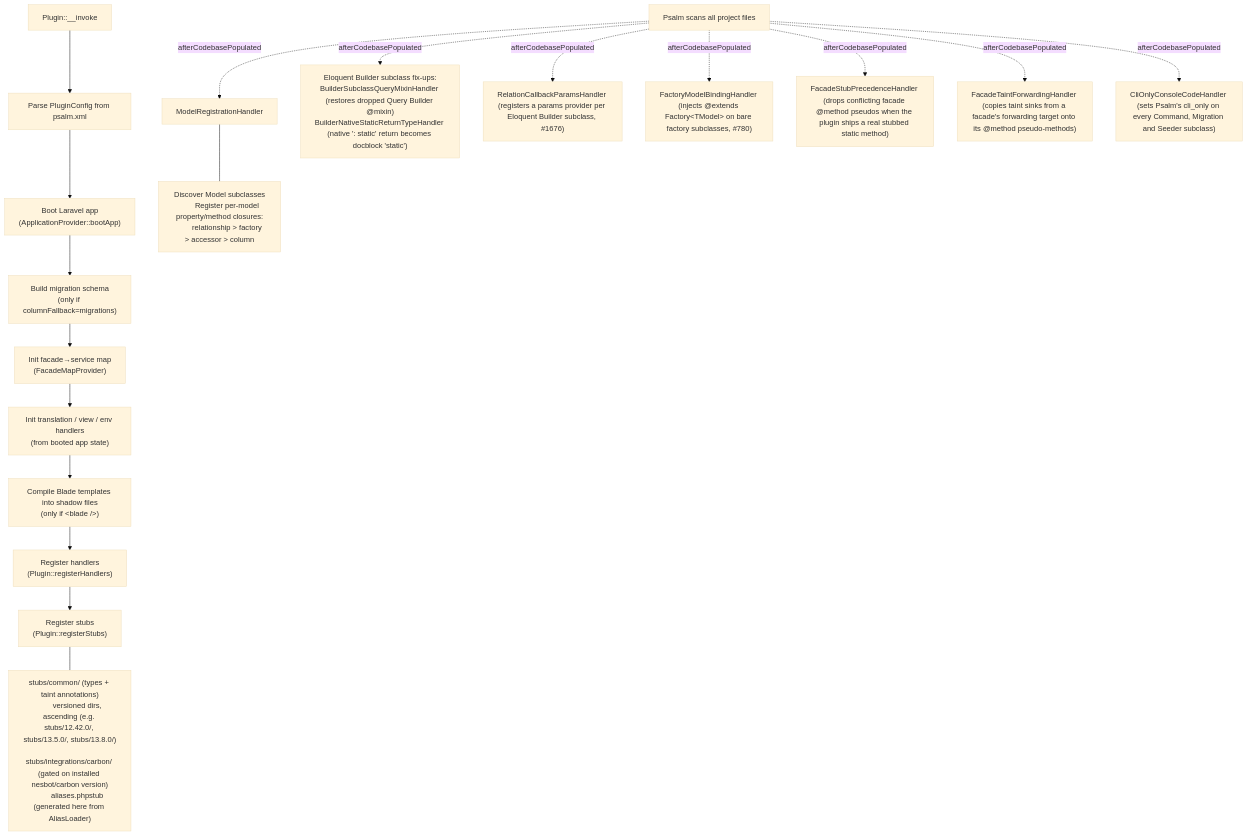
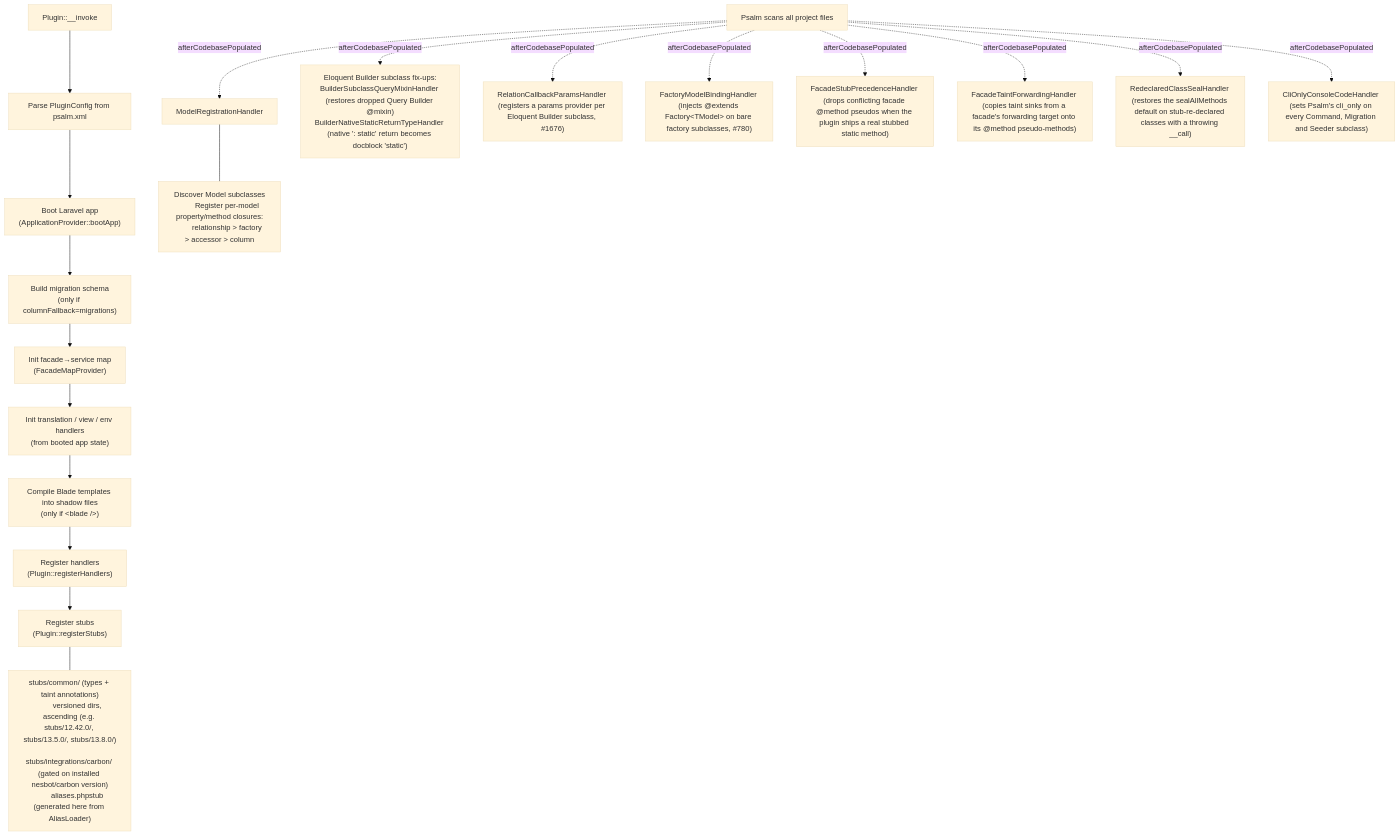
The first of 2 diagrams in docs/contributing/README.md (psalm/psalm-plugin-laravel), drawn with Mermaid (base theme) before and after one commit. The commit also changed 4 other files, not shown here.

First line of the commit message:
fix(laravel-ai): honor sealAllMethods on Tools\Request instead of forcing a seal

````diff
--- a/docs/contributing/README.md
+++ b/docs/contributing/README.md
@@ -19,31 +19,32 @@
 ```mermaid
 flowchart TD
     A["Plugin::__invoke"] --> B["Parse PluginConfig from psalm.xml"]
     B --> C["Boot Laravel app\n(ApplicationProvider::bootApp)"]
     C --> D["Build migration schema\n(only if columnFallback=migrations)"]
     D --> E["Init facade→service map\n(FacadeMapProvider)"]
     E --> F["Init translation / view / env handlers\n(from booted app state)"]
     F --> BL["Compile Blade templates into shadow files\n(only if &lt;blade /&gt;)"]
     BL --> G["Register handlers\n(Plugin::registerHandlers)"]
     G --> H["Register stubs\n(Plugin::registerStubs)"]
 
     H --- stubs["
         stubs/common/ (types + taint annotations)
         versioned dirs, ascending (e.g. stubs/12.42.0/, stubs/13.5.0/, stubs/13.8.0/)
         stubs/integrations/carbon/ (gated on installed nesbot/carbon version)
         aliases.phpstub (generated here from AliasLoader)
     "]
 
     I["Psalm scans all project files"] -.->|afterCodebasePopulated| J["ModelRegistrationHandler"]
     I -.->|afterCodebasePopulated| K["Eloquent Builder subclass fix-ups:\nBuilderSubclassQueryMixinHandler (restores dropped Query Builder @mixin)\nBuilderNativeStaticReturnTypeHandler (native ': static' return becomes docblock 'static')"]
     I -.->|afterCodebasePopulated| RCP["RelationCallbackParamsHandler (registers a params provider per Eloquent Builder subclass, #1676)"]
     I -.->|afterCodebasePopulated| FMB["FactoryModelBindingHandler (injects @extends Factory&lt;TModel&gt; on bare factory subclasses, #780)"]
     I -.->|afterCodebasePopulated| FSP["FacadeStubPrecedenceHandler (drops conflicting facade @method pseudos when the plugin ships a real stubbed static method)"]
     I -.->|afterCodebasePopulated| FTF["FacadeTaintForwardingHandler (copies taint sinks from a facade's forwarding target onto its @method pseudo-methods)"]
+    I -.->|afterCodebasePopulated| RCS["RedeclaredClassSealHandler (restores the sealAllMethods default on stub-re-declared classes with a throwing __call)"]
     I -.->|afterCodebasePopulated| CLI["CliOnlyConsoleCodeHandler (sets Psalm's cli_only on every Command, Migration and Seeder subclass)"]
     J --- models["
         Discover Model subclasses
         Register per-model property/method closures:
         relationship > factory > accessor > column
     "]
 ```
````
